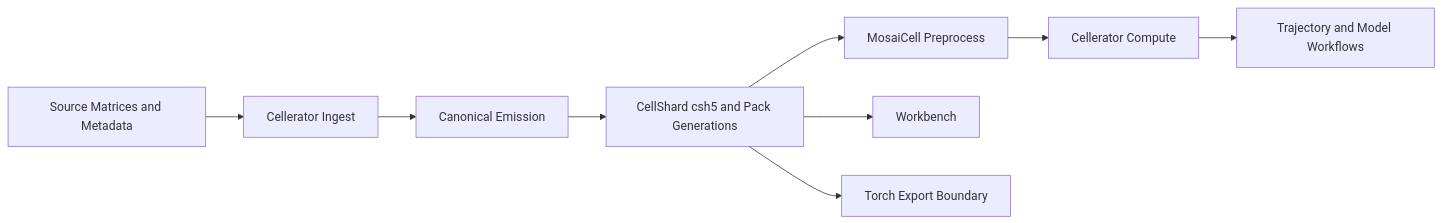
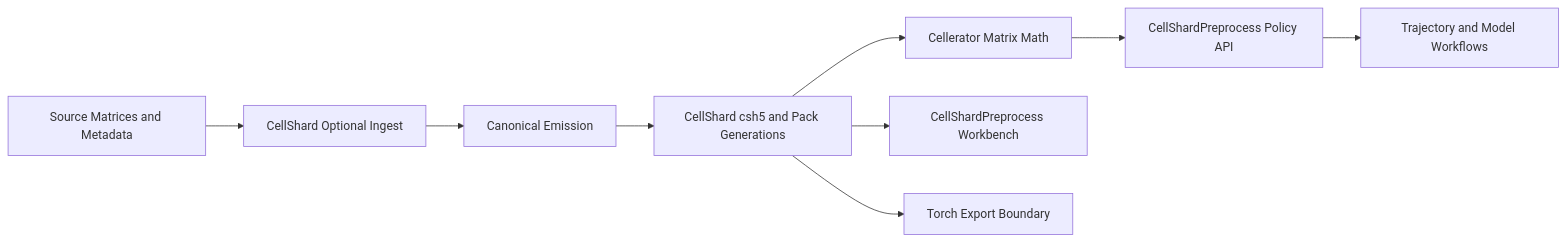
The diagram in docs/index.qmd (tumlinso/Cellerator), drawn with Mermaid before and after one commit. The commit also changed other lines of this file and 171 other files, not shown here.

````diff
--- a/docs/index.qmd
+++ b/docs/index.qmd
@@ -20,11 +22,11 @@
 ```{mermaid}
 flowchart LR
-    A[Source Matrices and Metadata] --> B[Cellerator Ingest]
+    A[Source Matrices and Metadata] --> B[CellShard Optional Ingest]
     B --> C[Canonical Emission]
     C --> D[CellShard csh5 and Pack Generations]
-    D --> E[MosaiCell Preprocess]
-    E --> I[Cellerator Compute]
+    D --> E[Cellerator Matrix Math]
+    E --> I[CellShardPreprocess Policy API]
     I --> F[Trajectory and Model Workflows]
-    D --> G[Workbench]
+    D --> G[CellShardPreprocess Workbench]
     D --> H[Torch Export Boundary]
 ```
````
